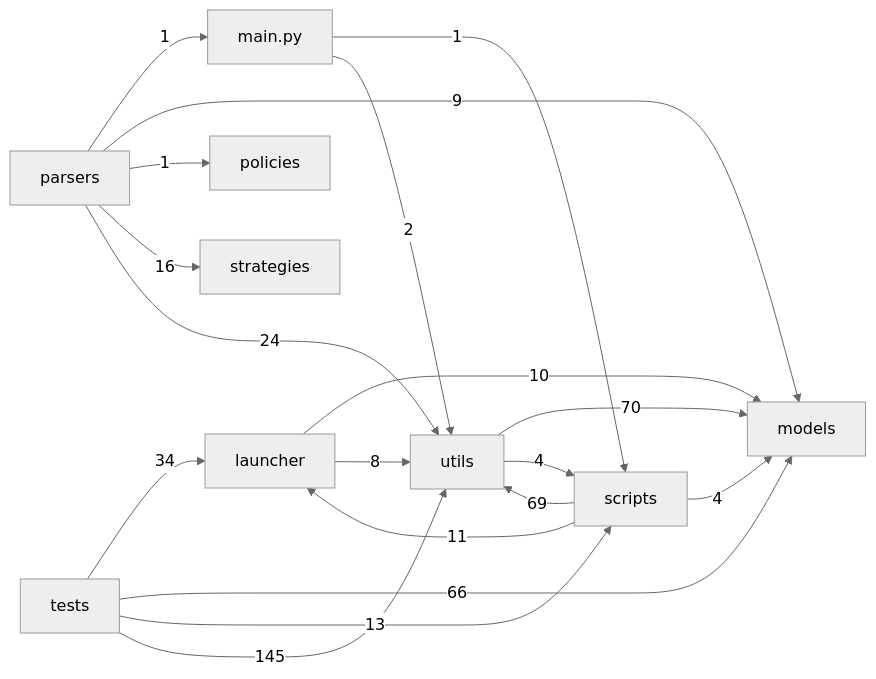
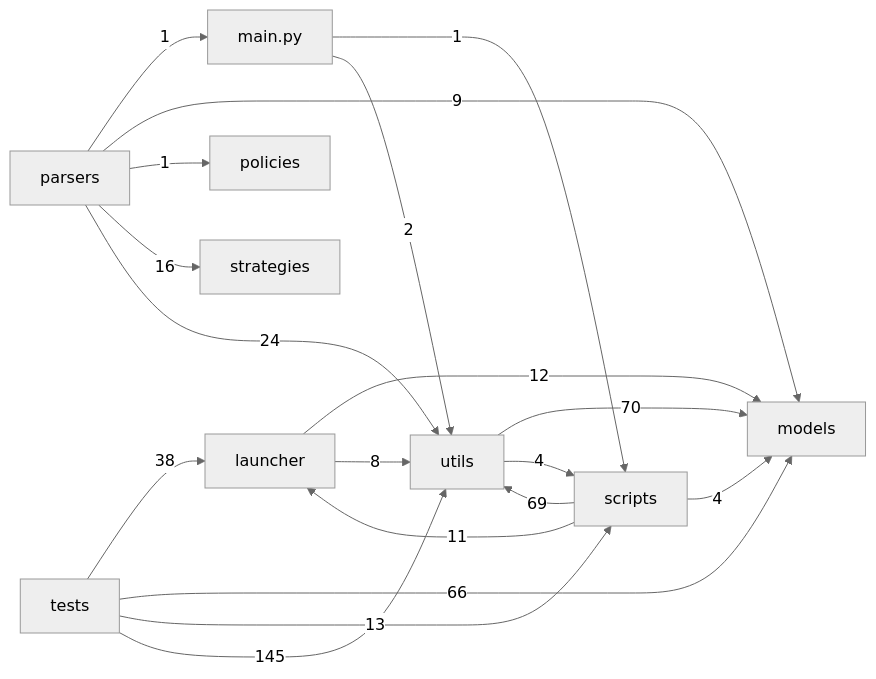
Before and after one commit to Lyti4/ParserRIba: the sixth of 6 diagrams in docs/PROJECT_FILE_FLOW_MAP.md, drawn with Mermaid (neutral theme). The commit also changed other lines of this file and 19 other files, not shown here.

````diff
--- a/docs/PROJECT_FILE_FLOW_MAP.md
+++ b/docs/PROJECT_FILE_FLOW_MAP.md
@@ -567,21 +583,21 @@
 ```mermaid
 flowchart LR
-  n_launcher[launcher] -->|10| n_models[models]
+  n_launcher[launcher] -->|12| n_models[models]
   n_launcher[launcher] -->|8| n_utils[utils]
   n_main_py[main.py] -->|1| n_scripts[scripts]
   n_main_py[main.py] -->|2| n_utils[utils]
   n_parsers[parsers] -->|1| n_main_py[main.py]
   n_parsers[parsers] -->|9| n_models[models]
   n_parsers[parsers] -->|1| n_policies[policies]
   n_parsers[parsers] -->|16| n_strategies[strategies]
   n_parsers[parsers] -->|24| n_utils[utils]
   n_scripts[scripts] -->|11| n_launcher[launcher]
   n_scripts[scripts] -->|4| n_models[models]
   n_scripts[scripts] -->|69| n_utils[utils]
-  n_tests[tests] -->|34| n_launcher[launcher]
+  n_tests[tests] -->|38| n_launcher[launcher]
   n_tests[tests] -->|66| n_models[models]
   n_tests[tests] -->|13| n_scripts[scripts]
   n_tests[tests] -->|145| n_utils[utils]
   n_utils[utils] -->|70| n_models[models]
   n_utils[utils] -->|4| n_scripts[scripts]
 ```
````
